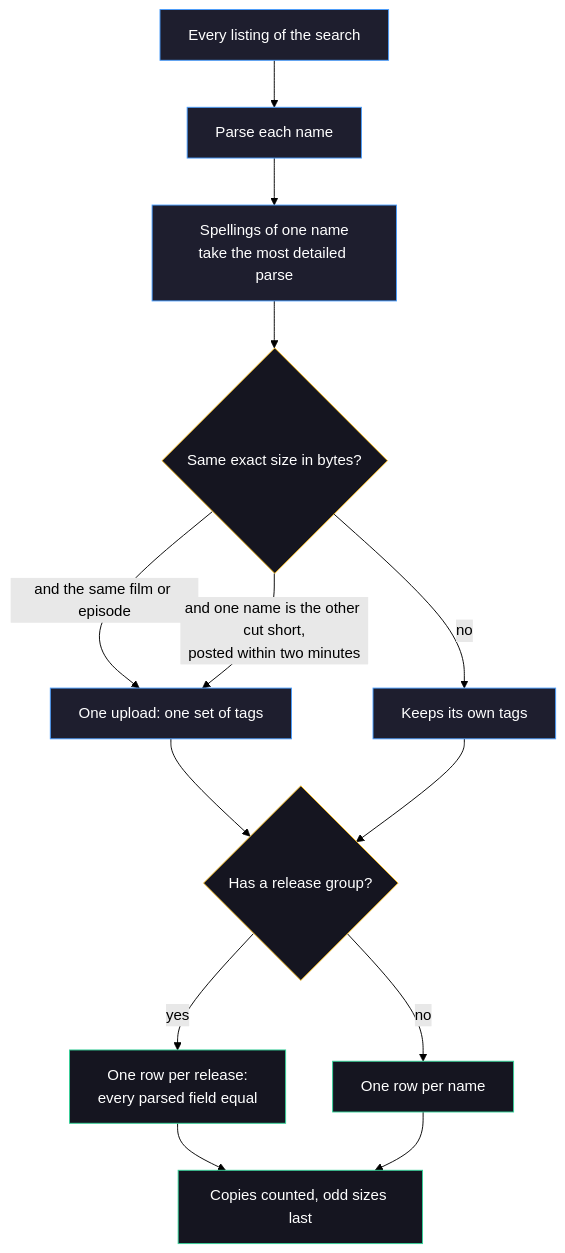
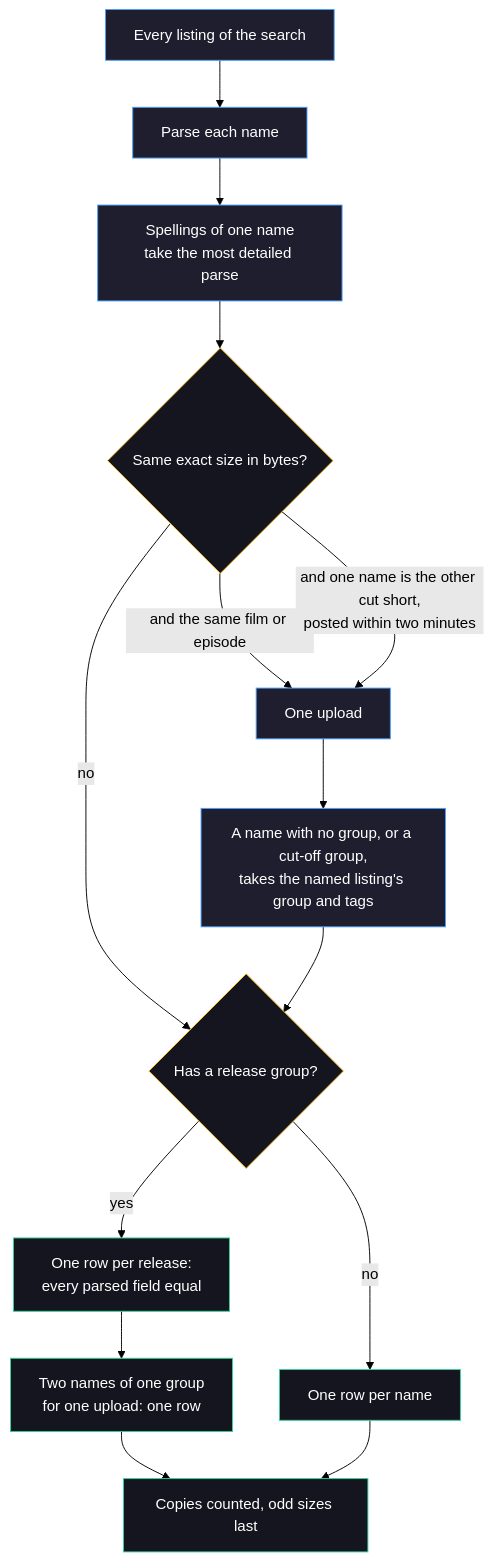
Before and after one commit to Appz4Fun/NeNeTeePee-Stream-Kodi: the first of 2 diagrams in docs-site/features/quality-filtering.md, drawn with Mermaid (forest theme). The commit also changed other lines of this file and 15 other files, not shown here.

````diff
--- a/docs-site/features/quality-filtering.md
+++ b/docs-site/features/quality-filtering.md
@@ -405,22 +405,23 @@
 ```mermaid
 flowchart TD
     A[Every listing of the search] --> B[Parse each name]
     B --> C[Spellings of one name<br>take the most detailed parse]
     C --> D{Same exact size in bytes?}
-    D -- "and the same film or episode" --> E[One upload: one set of tags]
+    D -- "and the same film or episode" --> E[One upload]
     D -- "and one name is the other cut short,<br>posted within two minutes" --> E
-    D -- no --> F[Keeps its own tags]
-    E --> G{Has a release group?}
-    F --> G
+    D -- no --> G
+    E --> K[A name with no group, or a cut-off group,<br>takes the named listing's group and tags]
+    K --> G{Has a release group?}
     G -- yes --> H[One row per release:<br>every parsed field equal]
     G -- no --> I[One row per name]
-    H --> J[Copies counted, odd sizes last]
+    H --> L[Two names of one group<br>for one upload: one row]
+    L --> J[Copies counted, odd sizes last]
     I --> J
 
     classDef step fill:#1E1E2E,stroke:#4A9EFF,color:#FFFFFF
     classDef ask fill:#151520,stroke:#FBBF24,color:#FFFFFF
     classDef done fill:#151520,stroke:#34D399,color:#FFFFFF
-    class A,B,C,E,F step
+    class A,B,C,E,K step
     class D,G ask
-    class H,I,J done
+    class H,I,J,L done
 ```
````
